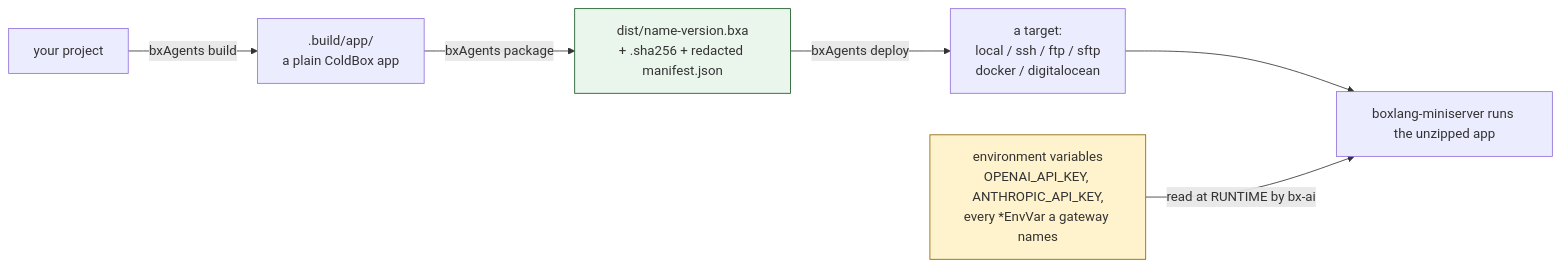
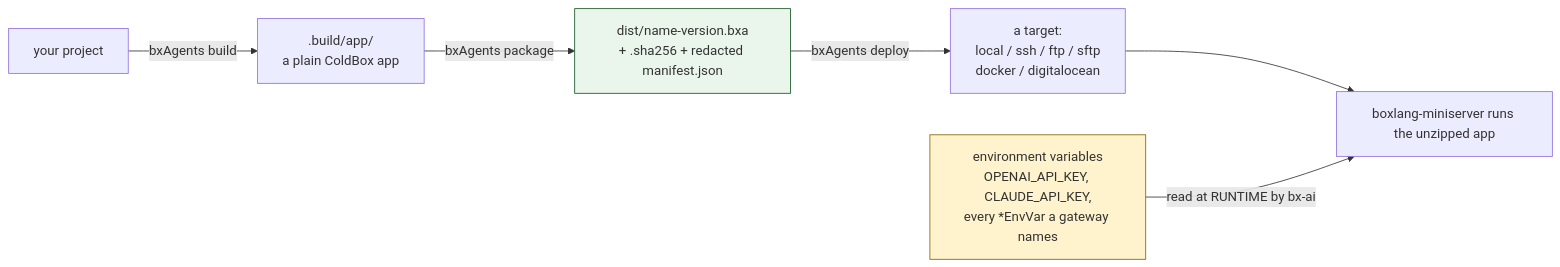
Before and after one commit to ortus-boxlang/bx-agents: the diagram in docs/deployment-and-secrets.md, drawn with Mermaid. The commit also changed other lines of this file and 47 other files, not shown here.

````diff
--- a/docs/deployment-and-secrets.md
+++ b/docs/deployment-and-secrets.md
@@ -13,11 +13,11 @@
 ```mermaid
 flowchart LR
     P["your project"] -->|"bxAgents build"| B[".build/app/<br/>a plain ColdBox app"]
     B -->|"bxAgents package"| A["dist/name-version.bxa<br/>+ .sha256 + redacted manifest.json"]
     A -->|"bxAgents deploy"| T["a target:<br/>local / ssh / ftp / sftp<br/>docker / digitalocean"]
     T --> RUN["boxlang-miniserver runs the unzipped app"]
-    ENV["environment variables<br/>OPENAI_API_KEY, ANTHROPIC_API_KEY,<br/>every *EnvVar a gateway names"] -->|"read at RUNTIME by bx-ai"| RUN
+    ENV["environment variables<br/>OPENAI_API_KEY, CLAUDE_API_KEY,<br/>every *EnvVar a gateway names"] -->|"read at RUNTIME by bx-ai"| RUN
 
     style A fill:#eaf6ec,stroke:#155724
     style ENV fill:#fff3cd,stroke:#856404
 ```
````
